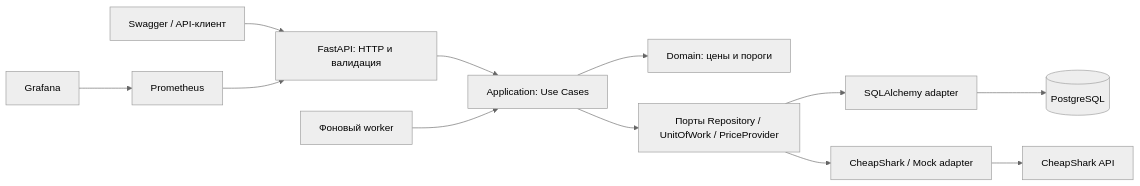
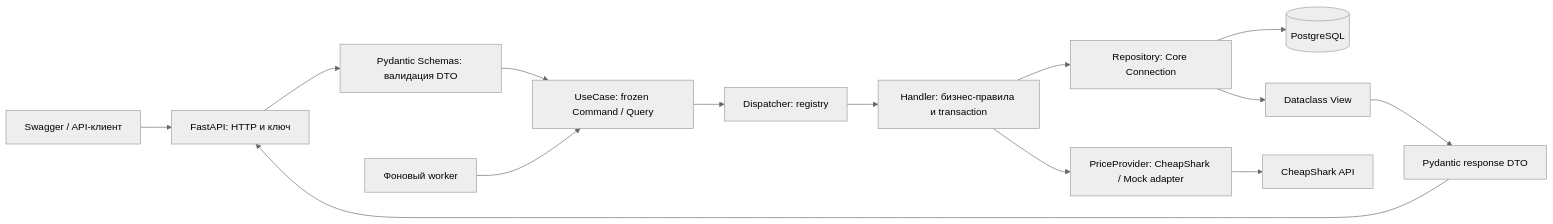
Before and after one commit to Mink7891/backend-deployment-project: the diagram in docs/architecture.md, drawn with Mermaid (neutral theme). The commit also changed other lines of this file and 107 other files, not shown here.

First line of the commit message:
Refactor GameRadar into use cases, handlers and Core repositories

````diff
--- a/docs/architecture.md
+++ b/docs/architecture.md
@@ -8,14 +12,16 @@
 ```mermaid
 flowchart LR
-    Client[Swagger / API-клиент] --> API[FastAPI: HTTP и валидация]
-    API --> UC[Application: Use Cases]
+    Client[Swagger / API-клиент] --> API[FastAPI: HTTP и ключ]
+    API --> Schema[Pydantic Schemas: валидация DTO]
+    Schema --> UC[UseCase: frozen Command / Query]
     Worker[Фоновый worker] --> UC
-    UC --> Domain[Domain: цены и пороги]
-    UC --> Ports[Порты Repository / UnitOfWork / PriceProvider]
-    Ports --> SQL[SQLAlchemy adapter]
-    Ports --> Provider[CheapShark / Mock adapter]
-    SQL --> DB[(PostgreSQL)]
+    UC --> Dispatcher[Dispatcher: registry]
+    Dispatcher --> Handler[Handler: бизнес-правила и transaction]
+    Handler --> Repo[Repository: Core Connection]
+    Repo --> DB[(PostgreSQL)]
+    Handler --> Provider[PriceProvider: CheapShark / Mock adapter]
     Provider --> CheapShark[CheapShark API]
-    Prometheus --> API
-    Grafana --> Prometheus
+    Repo --> View[Dataclass View]
+    View --> Response[Pydantic response DTO]
+    Response --> API
 ```
````
